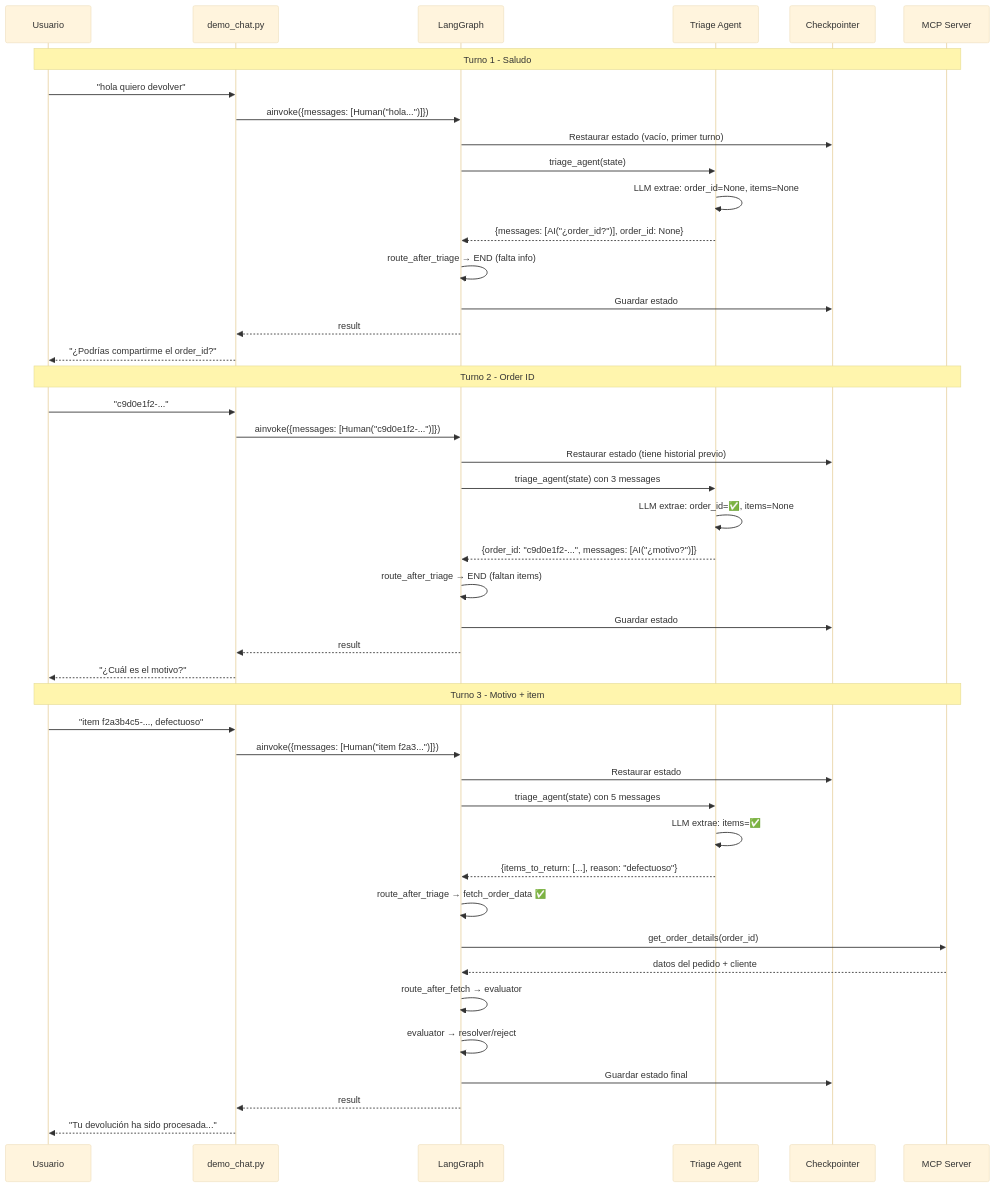
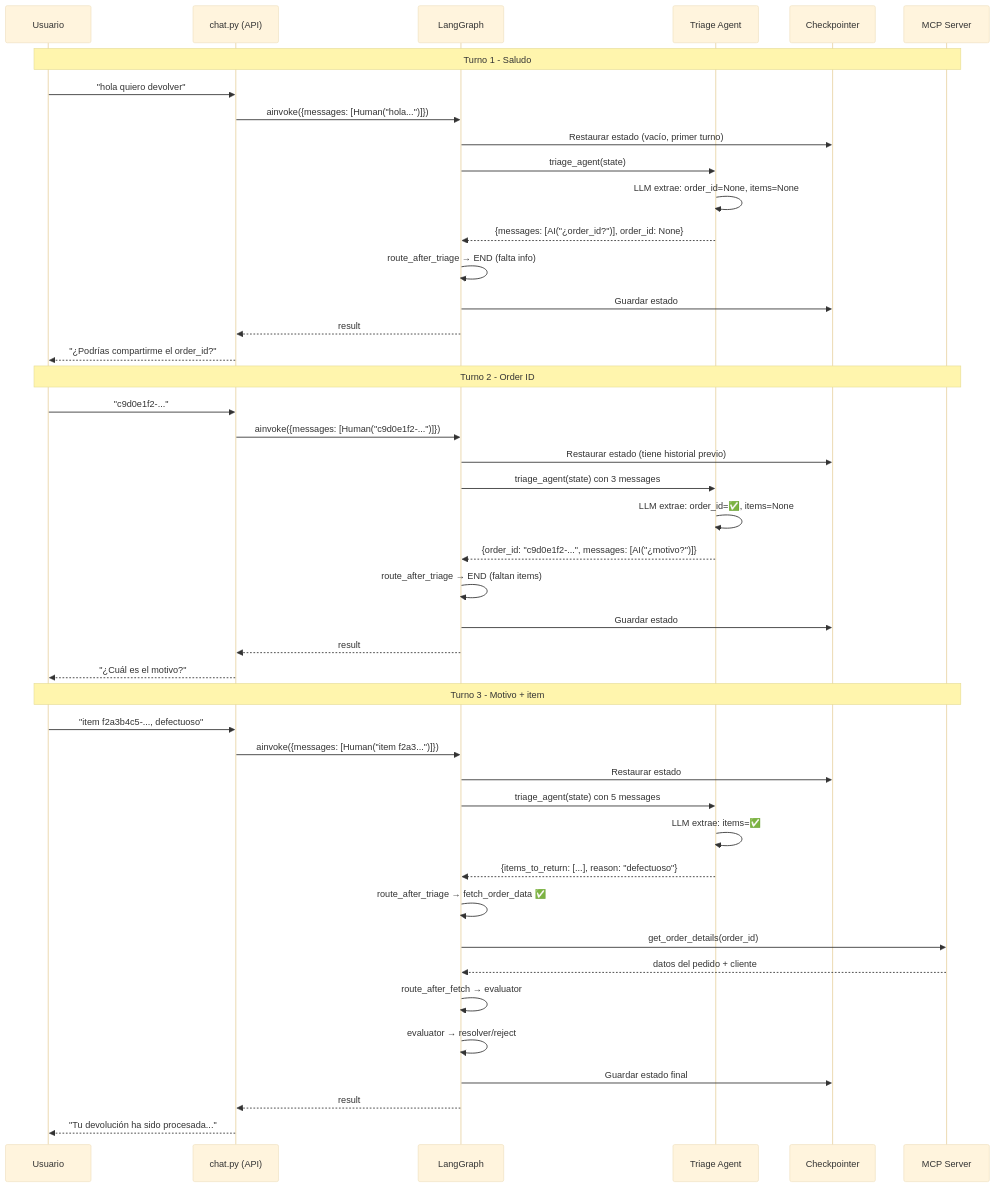
One commit to ReFlowTFMGrupo11/CopilotPosventaAutonoGestInteligenteDevolucion changed the second of 3 diagrams in docs/graph_diagram.md. Above: the diagram before and after it, drawn with Mermaid (base theme). The commit also changed 4 other files, not shown here.

````diff
--- a/docs/graph_diagram.md
+++ b/docs/graph_diagram.md
@@ -35,49 +35,49 @@
 ```mermaid
 sequenceDiagram
     participant U as Usuario
-    participant D as demo_chat.py
+    participant D as chat.py (API)
     participant G as LangGraph
     participant T as Triage Agent
     participant CP as Checkpointer
     participant MCP as MCP Server
 
     Note over U,MCP: Turno 1 - Saludo
     U->>D: "hola quiero devolver"
     D->>G: ainvoke({messages: [Human("hola...")]})
     G->>CP: Restaurar estado (vacío, primer turno)
     G->>T: triage_agent(state)
     T->>T: LLM extrae: order_id=None, items=None
     T-->>G: {messages: [AI("¿order_id?")], order_id: None}
     G->>G: route_after_triage → END (falta info)
     G->>CP: Guardar estado
     G-->>D: result
     D-->>U: "¿Podrías compartirme el order_id?"
 
     Note over U,MCP: Turno 2 - Order ID
     U->>D: "c9d0e1f2-..."
     D->>G: ainvoke({messages: [Human("c9d0e1f2-...")]})
     G->>CP: Restaurar estado (tiene historial previo)
     G->>T: triage_agent(state) con 3 messages
     T->>T: LLM extrae: order_id=✅, items=None
     T-->>G: {order_id: "c9d0e1f2-...", messages: [AI("¿motivo?")]}
     G->>G: route_after_triage → END (faltan items)
     G->>CP: Guardar estado
     G-->>D: result
     D-->>U: "¿Cuál es el motivo?"
 
     Note over U,MCP: Turno 3 - Motivo + item
     U->>D: "item f2a3b4c5-..., defectuoso"
     D->>G: ainvoke({messages: [Human("item f2a3...")]})
     G->>CP: Restaurar estado
     G->>T: triage_agent(state) con 5 messages
     T->>T: LLM extrae: items=✅
     T-->>G: {items_to_return: [...], reason: "defectuoso"}
     G->>G: route_after_triage → fetch_order_data ✅
     G->>MCP: get_order_details(order_id)
     MCP-->>G: datos del pedido + cliente
     G->>G: route_after_fetch → evaluator
     G->>G: evaluator → resolver/reject
     G->>CP: Guardar estado final
     G-->>D: result
     D-->>U: "Tu devolución ha sido procesada..."
 ```
````
